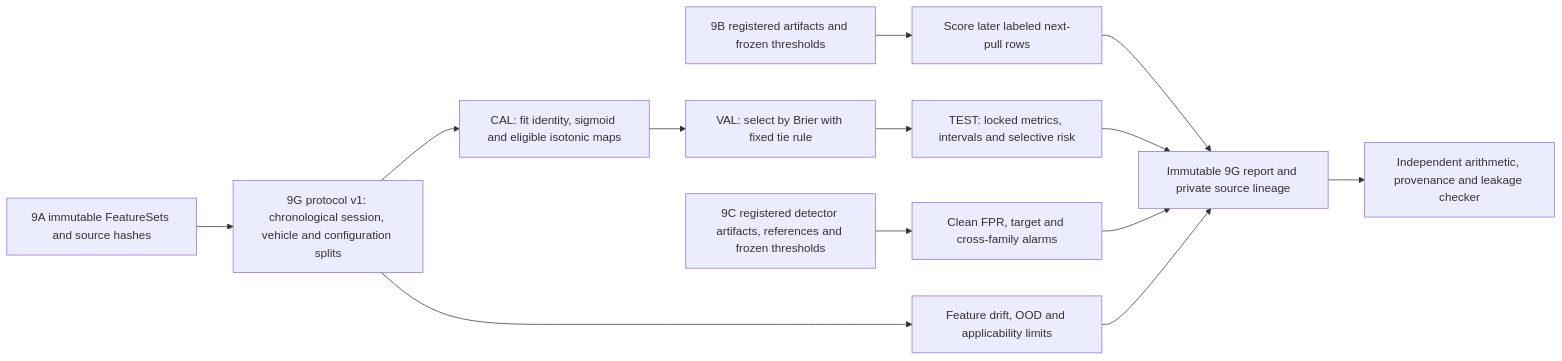
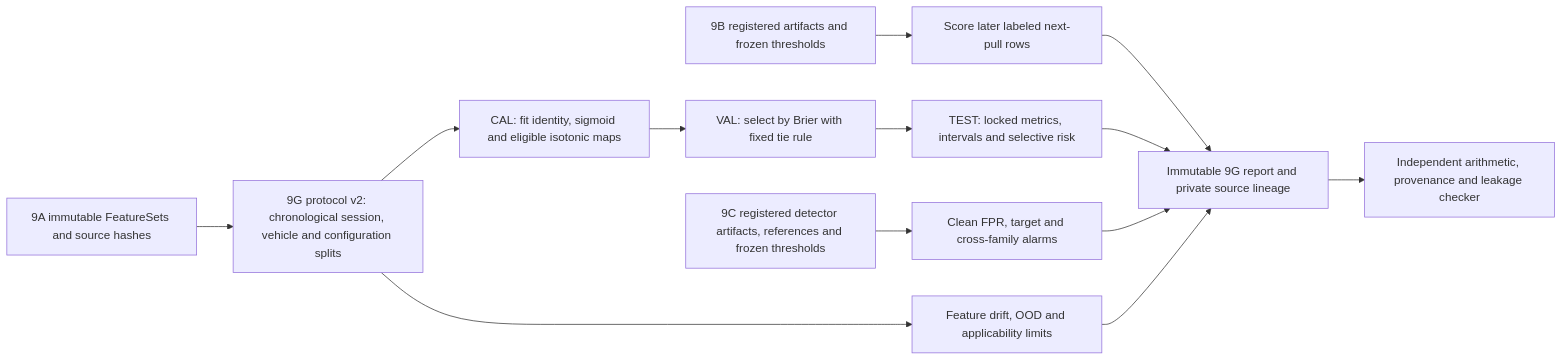
Before and after one commit to Brunobosso98/Vehicle-Intelligence-Platform: the diagram in docs/architecture/phase-9g-evaluation-calibration.md, drawn with Mermaid. The commit also changed other lines of this file and 17 other files, not shown here.

````diff
--- a/docs/architecture/phase-9g-evaluation-calibration.md
+++ b/docs/architecture/phase-9g-evaluation-calibration.md
@@ -8,15 +8,15 @@
 ```mermaid
 flowchart LR
-    F[9A immutable FeatureSets and source hashes] --> S[9G protocol v1: chronological session, vehicle and configuration splits]
+    F[9A immutable FeatureSets and source hashes] --> S[9G protocol v2: chronological session, vehicle and configuration splits]
     M[9B registered artifacts and frozen thresholds] --> P[Score later labeled next-pull rows]
     S --> C[CAL: fit identity, sigmoid and eligible isotonic maps]
     C --> V[VAL: select by Brier with fixed tie rule]
     V --> T[TEST: locked metrics, intervals and selective risk]
     A[9C registered detector artifacts, references and frozen thresholds] --> X[Clean FPR, target and cross-family alarms]
     S --> D[Feature drift, OOD and applicability limits]
     P --> R[Immutable 9G report and private source lineage]
     T --> R
     X --> R
     D --> R
     R --> I[Independent arithmetic, provenance and leakage checker]
 ```
````
